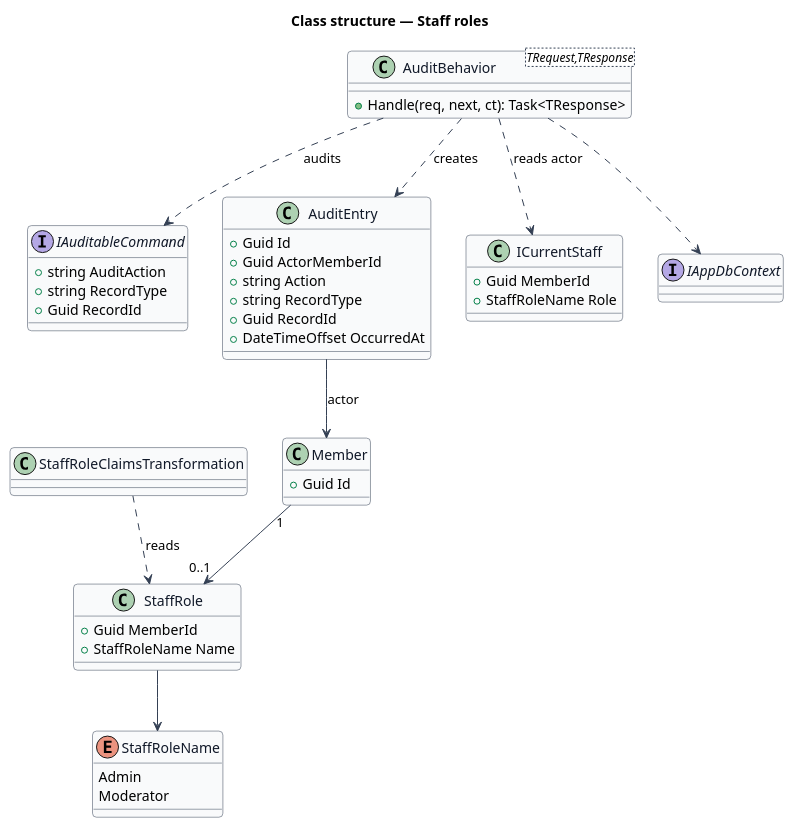
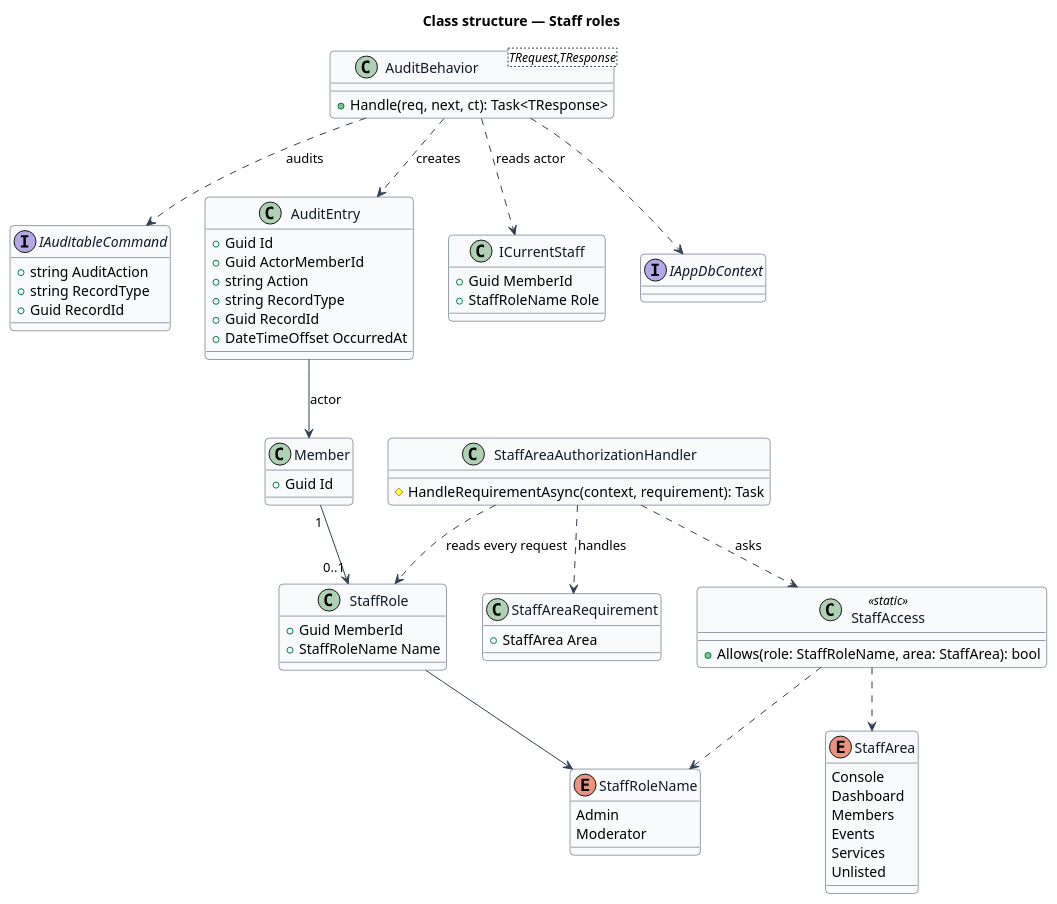
Before and after one commit to QuinntyneBrown/christian-fitness: the diagram in docs/detailed-designs/admin-access/staff-roles/diagrams/class.puml, drawn with PlantUML. The commit also changed 26 other files, not shown here.

```diff
--- a/docs/detailed-designs/admin-access/staff-roles/diagrams/class.puml
+++ b/docs/detailed-designs/admin-access/staff-roles/diagrams/class.puml
@@ -1,56 +1,76 @@
 @startuml
 skinparam backgroundColor #FFFFFF
 skinparam shadowing false
 skinparam roundcorner 8
 skinparam defaultFontName Arial
 skinparam ArrowColor #344054
 skinparam class {
   BorderColor #344054
   FontColor #101828
   BackgroundColor #F9FAFB
 }
 title Class structure — Staff roles
 
 class Member {
   +Guid Id
 }
 class StaffRole {
   +Guid MemberId
   +StaffRoleName Name
 }
 enum StaffRoleName {
   Admin
   Moderator
 }
 interface IAuditableCommand {
   +string AuditAction
   +string RecordType
   +Guid RecordId
 }
 class "AuditBehavior<TRequest,TResponse>" as AuditBehavior {
   +Handle(req, next, ct): Task<TResponse>
 }
 class AuditEntry {
   +Guid Id
   +Guid ActorMemberId
   +string Action
   +string RecordType
   +Guid RecordId
   +DateTimeOffset OccurredAt
 }
 class ICurrentStaff {
   +Guid MemberId
   +StaffRoleName Role
 }
-class StaffRoleClaimsTransformation
+enum StaffArea {
+  Console
+  Dashboard
+  Members
+  Events
+  Services
+  Unlisted
+}
+class StaffAccess <<static>> {
+  +Allows(role: StaffRoleName, area: StaffArea): bool
+}
+class StaffAreaRequirement {
+  +StaffArea Area
+}
+class StaffAreaAuthorizationHandler {
+  #HandleRequirementAsync(context, requirement): Task
+}
 interface IAppDbContext
 
 Member "1" --> "0..1" StaffRole
 StaffRole --> StaffRoleName
 AuditBehavior ..> IAuditableCommand : audits
 AuditBehavior ..> ICurrentStaff : reads actor
 AuditBehavior ..> AuditEntry : creates
 AuditBehavior ..> IAppDbContext
-StaffRoleClaimsTransformation ..> StaffRole : reads
+StaffAreaAuthorizationHandler ..> StaffAreaRequirement : handles
+StaffAreaAuthorizationHandler ..> StaffRole : reads every request
+StaffAreaAuthorizationHandler ..> StaffAccess : asks
+StaffAccess ..> StaffArea
+StaffAccess ..> StaffRoleName
 AuditEntry --> Member : actor
 @enduml
```
